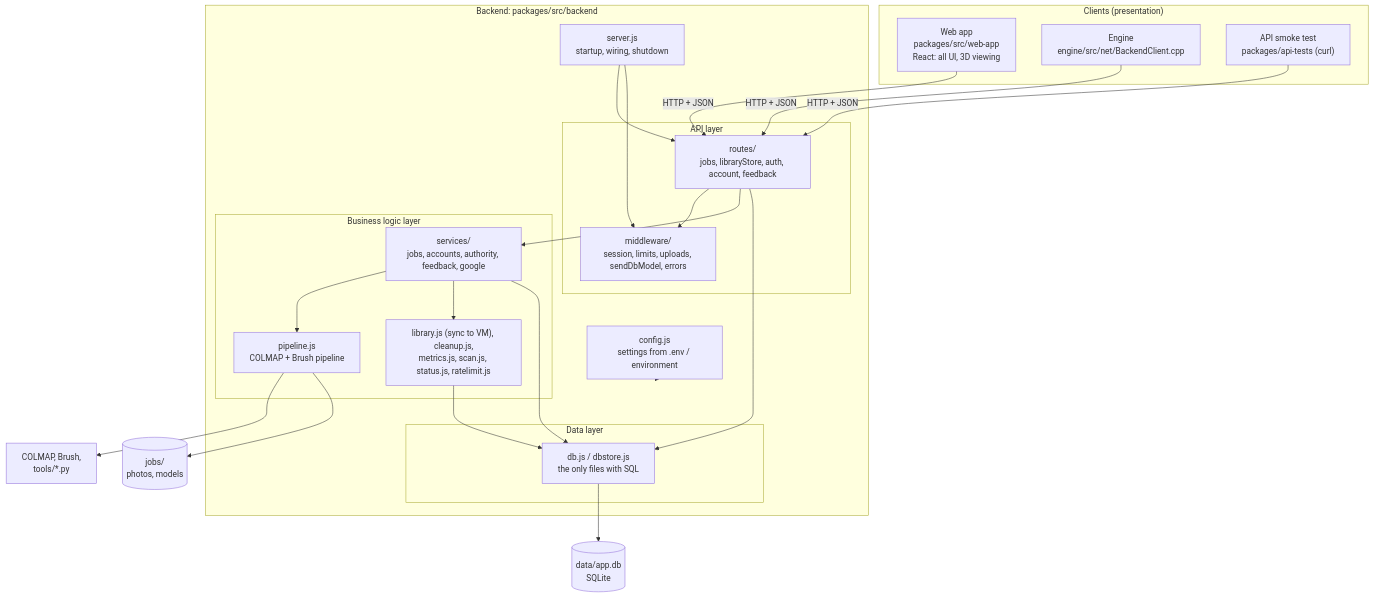
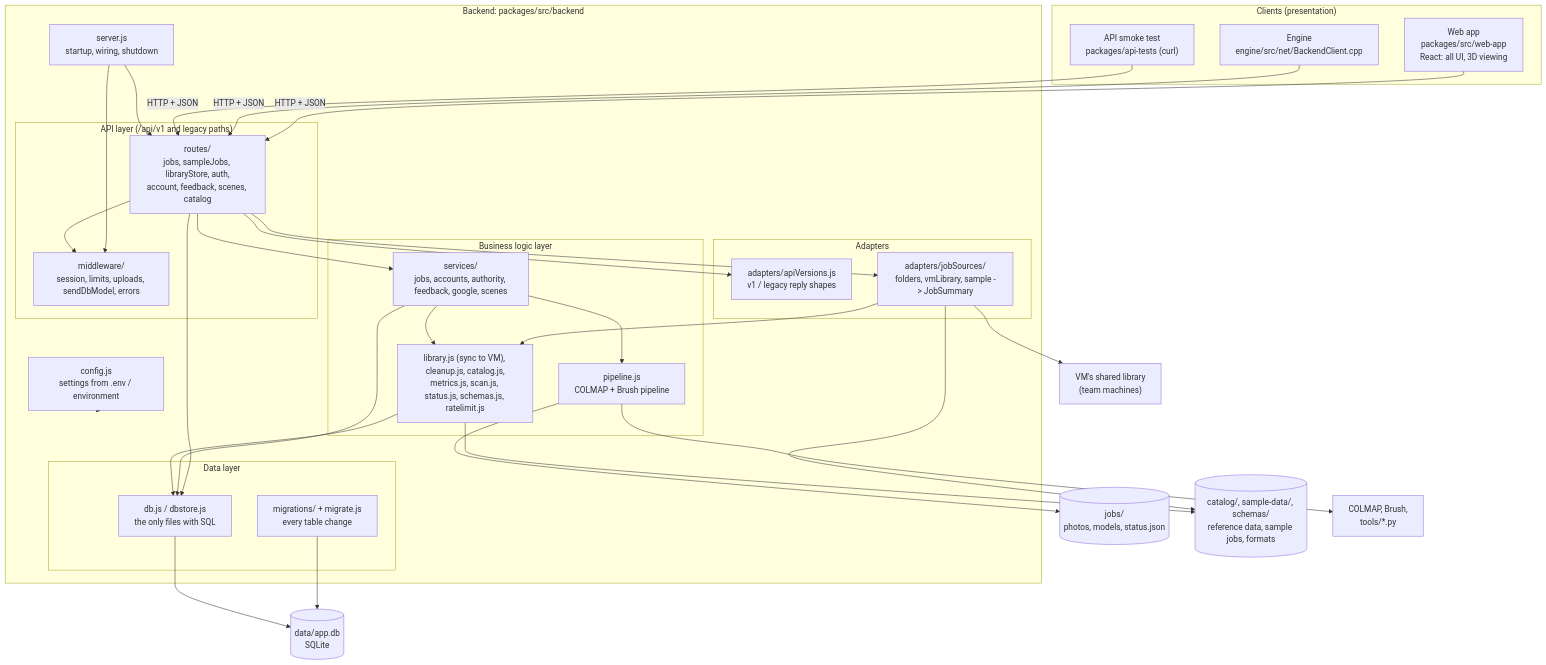
One commit to ethanngyl/Gam300-350 changed the first of 2 diagrams in docs/architecture.md. Above: the diagram before and after it, drawn with Mermaid. The commit also changed other lines of this file and 44 other files, not shown here.

````diff
--- a/docs/architecture.md
+++ b/docs/architecture.md
@@ -16,46 +20,60 @@
 ```mermaid
 flowchart TB
     subgraph clients["Clients (presentation)"]
         web["Web app<br/>packages/src/web-app<br/>React: all UI, 3D viewing"]
         engine["Engine<br/>engine/src/net/BackendClient.cpp"]
         curl["API smoke test<br/>packages/api-tests (curl)"]
     end
 
     subgraph backend["Backend: packages/src/backend"]
         server["server.js<br/>startup, wiring, shutdown"]
-        subgraph api["API layer"]
-            routes["routes/<br/>jobs, libraryStore, auth, account, feedback"]
+        subgraph api["API layer (/api/v1 and legacy paths)"]
+            routes["routes/<br/>jobs, sampleJobs, libraryStore, auth,<br/>account, feedback, scenes, catalog"]
             middleware["middleware/<br/>session, limits, uploads, sendDbModel, errors"]
         end
+        subgraph adapters["Adapters"]
+            versions["adapters/apiVersions.js<br/>v1 / legacy reply shapes"]
+            sources["adapters/jobSources/<br/>folders, vmLibrary, sample -> JobSummary"]
+        end
         subgraph logic["Business logic layer"]
-            services["services/<br/>jobs, accounts, authority, feedback, google"]
+            services["services/<br/>jobs, accounts, authority, feedback, google, scenes"]
             pipeline["pipeline.js<br/>COLMAP + Brush pipeline"]
-            support["library.js (sync to VM), cleanup.js,<br/>metrics.js, scan.js, status.js, ratelimit.js"]
+            support["library.js (sync to VM), cleanup.js, catalog.js,<br/>metrics.js, scan.js, status.js, schemas.js, ratelimit.js"]
         end
         subgraph data["Data layer"]
             dbjs["db.js / dbstore.js<br/>the only files with SQL"]
+            migrations["migrations/ + migrate.js<br/>every table change"]
         end
         config["config.js<br/>settings from .env / environment"]
     end
 
     sqlite[("data/app.db<br/>SQLite")]
-    jobs[("jobs/<br/>photos, models")]
+    jobs[("jobs/<br/>photos, models, status.json")]
+    files[("catalog/, sample-data/, schemas/<br/>reference data, sample jobs, formats")]
+    vm["VM's shared library<br/>(team machines)"]
     tools["COLMAP, Brush,<br/>tools/*.py"]
 
     web -- "HTTP + JSON" --> routes
     engine -- "HTTP + JSON" --> routes
     curl -- "HTTP + JSON" --> routes
     server --> routes
     server --> middleware
     routes --> middleware
+    routes --> versions
+    routes --> sources
     routes --> services
     routes --> dbjs
+    sources --> support
+    sources --> vm
+    sources --> files
     services --> pipeline
     services --> support
     services --> dbjs
+    support --> files
     pipeline --> tools
     pipeline --> jobs
     support --> dbjs
+    migrations --> sqlite
     dbjs --> sqlite
     config -.-> backend
 ```
````
